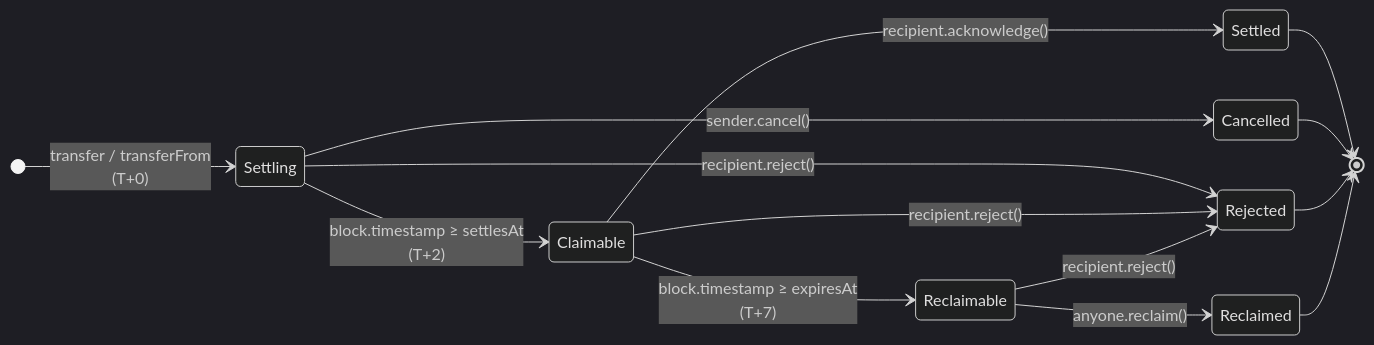
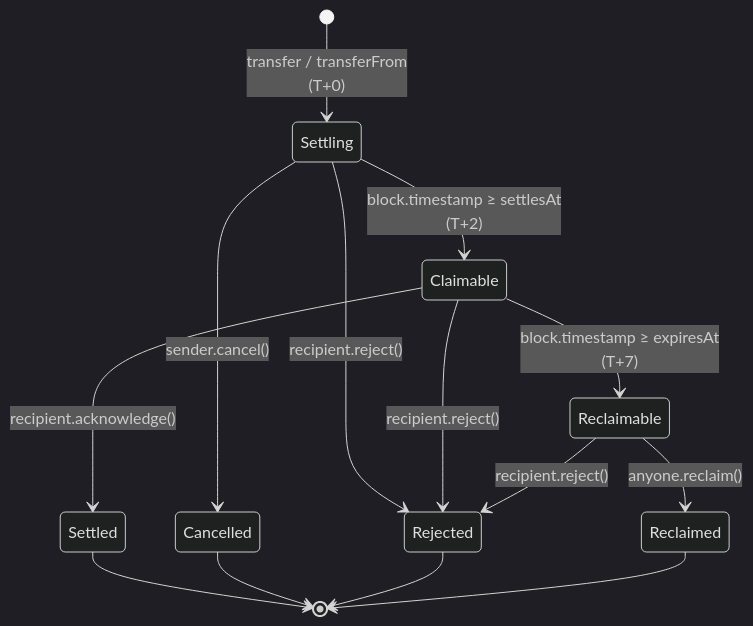
The diagram in README.md (LevanIlashvili/erc-20t2), drawn with Mermaid (dark theme) before and after one commit.

Commit message:
Flip lifecycle diagram to top-to-bottom

````diff
--- a/README.md
+++ b/README.md
@@ -31,20 +31,20 @@
 ```mermaid
 stateDiagram-v2
-    direction LR
+    direction TB
     [*] --> Settling : transfer / transferFrom<br/>(T+0)
 
     Settling --> Claimable : block.timestamp ≥ settlesAt<br/>(T+2)
     Claimable --> Reclaimable : block.timestamp ≥ expiresAt<br/>(T+7)
 
     Settling --> Cancelled : sender.cancel()
     Settling --> Rejected : recipient.reject()
     Claimable --> Settled : recipient.acknowledge()
     Claimable --> Rejected : recipient.reject()
     Reclaimable --> Reclaimed : anyone.reclaim()
     Reclaimable --> Rejected : recipient.reject()
 
     Settled --> [*]
     Cancelled --> [*]
     Rejected --> [*]
     Reclaimed --> [*]
 ```
````
